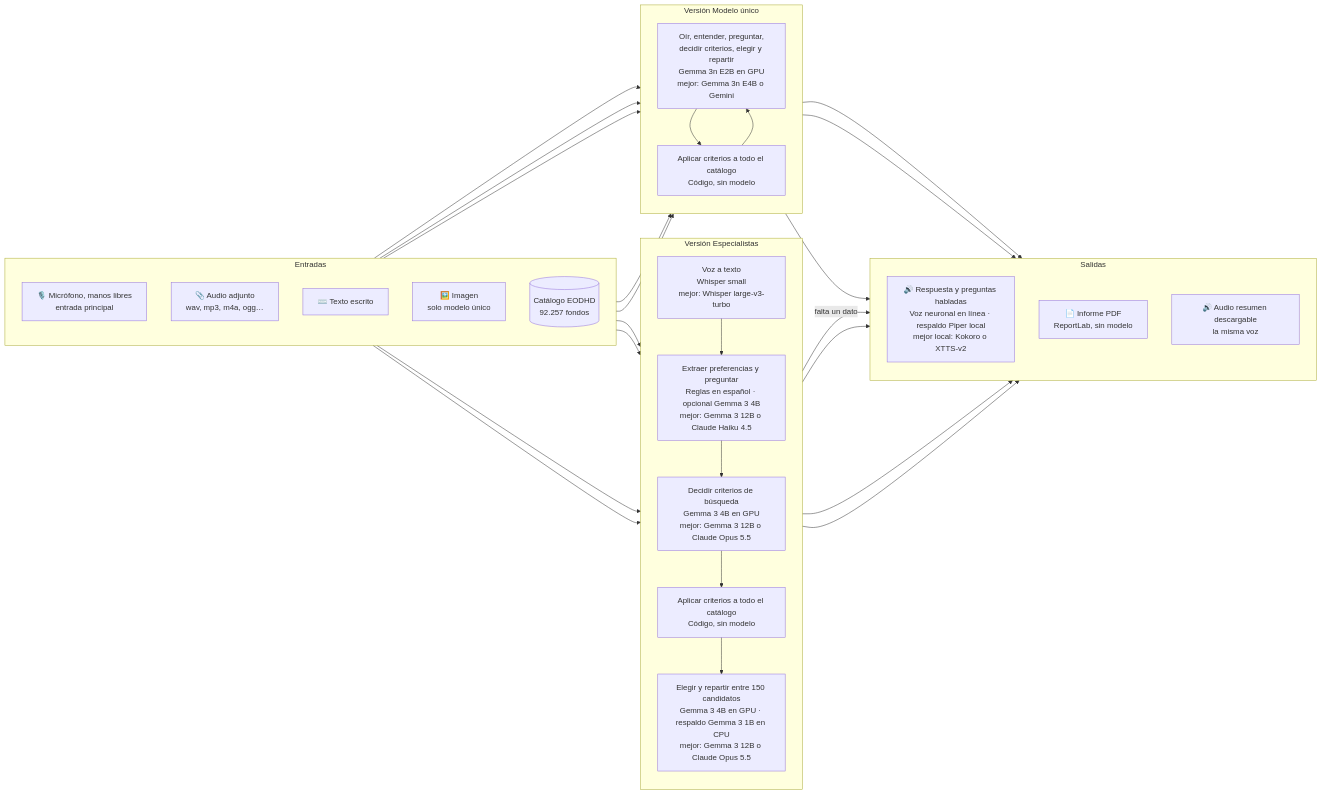
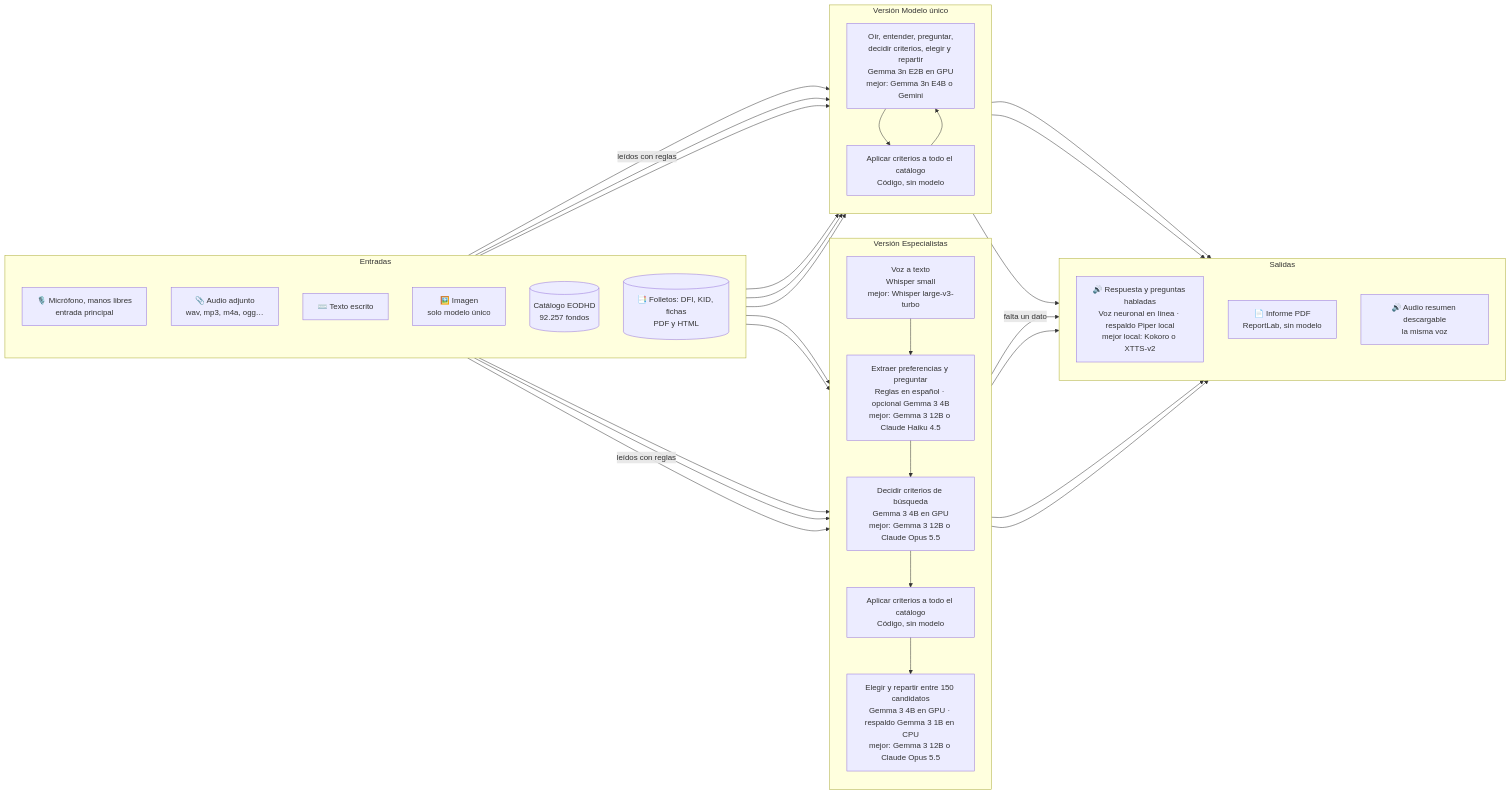
The first of 2 diagrams in README.md (NataliaSJO/Taller_B5_T4_Multimodales), drawn with Mermaid before and after one commit. The commit also changed other lines of this file and 20 other files, not shown here.

````diff
--- a/README.md
+++ b/README.md
@@ -72,52 +78,55 @@
 ```mermaid
 flowchart LR
     subgraph IN[Entradas]
         direction TB
         I1[🎙️ Micrófono, manos libres<br/>entrada principal]
         I2[📎 Audio adjunto<br/>wav, mp3, m4a, ogg…]
         I3[⌨️ Texto escrito]
         I4[🖼️ Imagen<br/>solo modelo único]
         I5[(Catálogo EODHD<br/>92.257 fondos)]
+        I6[(📑 Folletos: DFI, KID, fichas<br/>PDF y HTML)]
     end
 
     subgraph ESP[Versión Especialistas]
         direction TB
         E1[Voz a texto<br/>Whisper small<br/>mejor: Whisper large-v3-turbo]
         E2[Extraer preferencias y preguntar<br/>Reglas en español · opcional Gemma 3 4B<br/>mejor: Gemma 3 12B o Claude Haiku 4.5]
         E3[Decidir criterios de búsqueda<br/>Gemma 3 4B en GPU<br/>mejor: Gemma 3 12B o Claude Opus 5.5]
         E4[Aplicar criterios a todo el catálogo<br/>Código, sin modelo]
         E5[Elegir y repartir entre 150 candidatos<br/>Gemma 3 4B en GPU · respaldo Gemma 3 1B en CPU<br/>mejor: Gemma 3 12B o Claude Opus 5.5]
         E1 --> E2 --> E3 --> E4 --> E5
     end
 
     subgraph UNI[Versión Modelo único]
         direction TB
         U1[Oír, entender, preguntar,<br/>decidir criterios, elegir y repartir<br/>Gemma 3n E2B en GPU<br/>mejor: Gemma 3n E4B o Gemini]
         U2[Aplicar criterios a todo el catálogo<br/>Código, sin modelo]
         U1 --> U2 --> U1
     end
 
     subgraph OUT[Salidas]
         direction TB
         O1[🔊 Respuesta y preguntas habladas<br/>Voz neuronal en línea · respaldo Piper local<br/>mejor local: Kokoro o XTTS-v2]
         O2[📄 Informe PDF<br/>ReportLab, sin modelo]
         O3[🔊 Audio resumen descargable<br/>la misma voz]
     end
 
     I1 --> E1
     I2 --> E1
     I3 --> E2
     I5 --> E4
+    I6 -- leídos con reglas --> E4
+    I6 -- leídos con reglas --> U2
     I1 --> U1
     I2 --> U1
     I3 --> U1
     I4 --> U1
     I5 --> U2
     E2 -- falta un dato --> O1
     E5 --> O1
     E5 --> O2
     E5 --> O3
     U1 --> O1
     U1 --> O2
     U1 --> O3
 ```
````
